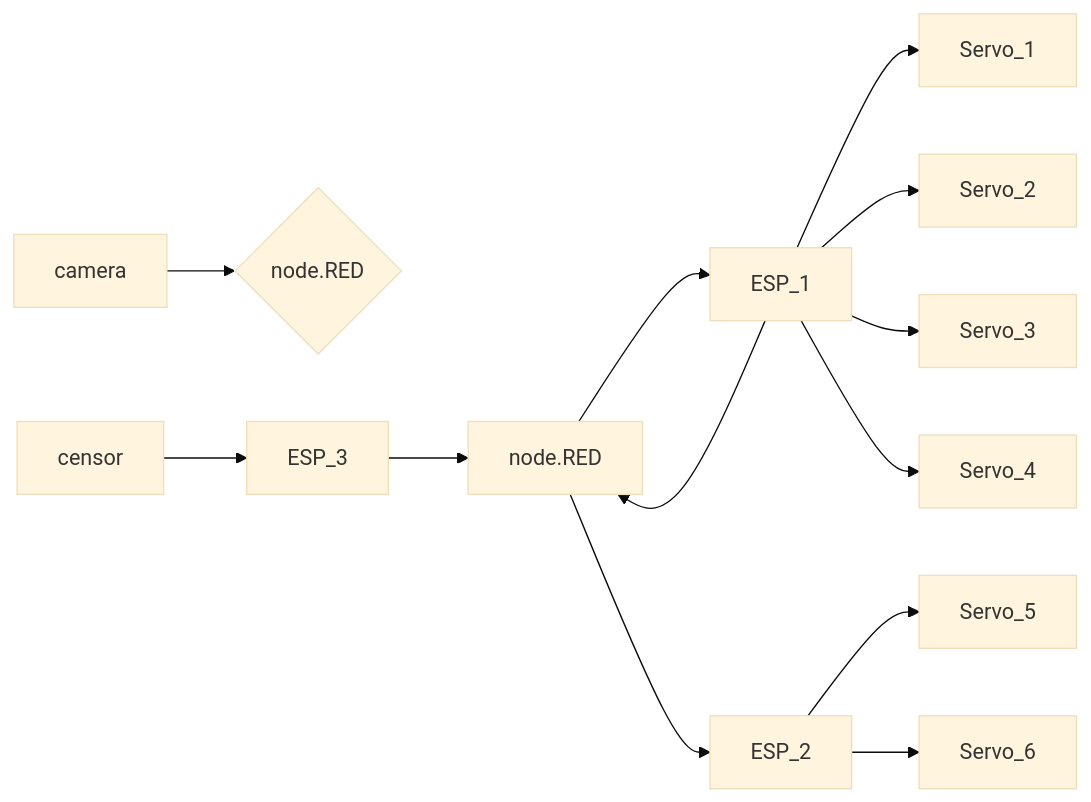
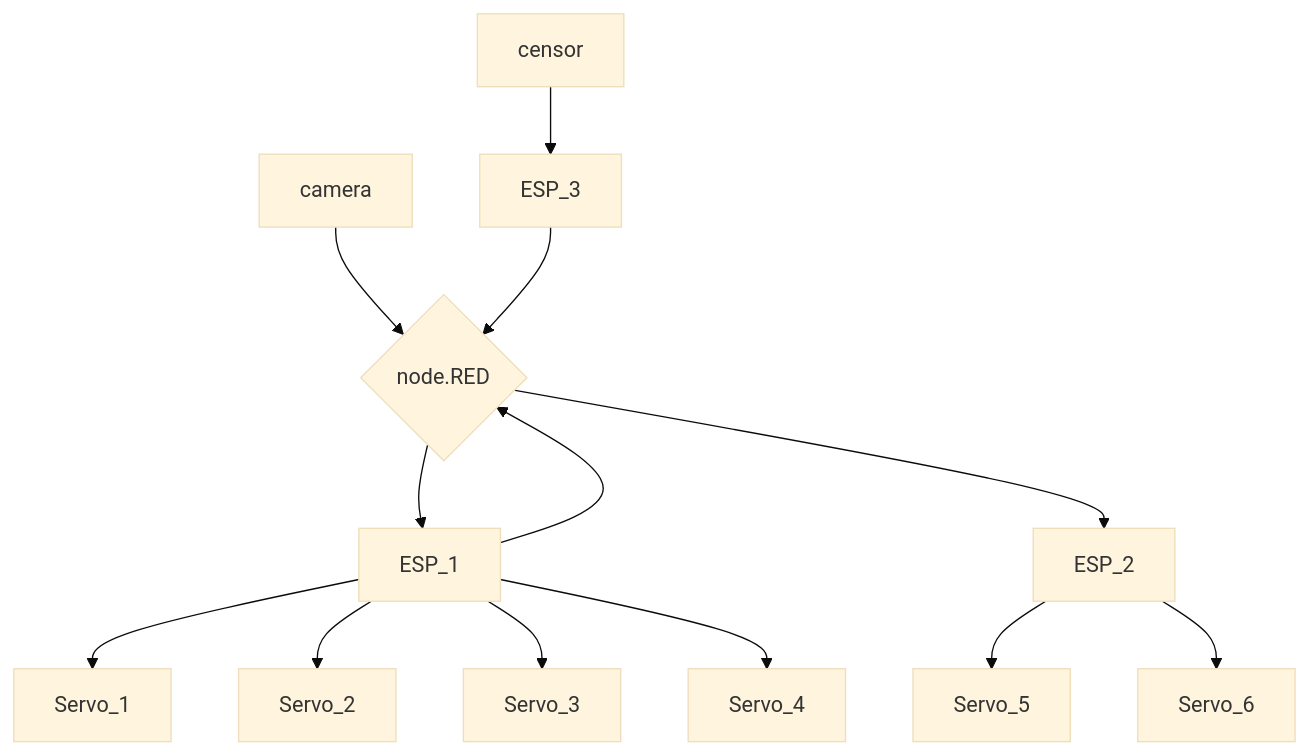
Before and after one commit to evry-paris-saclay/2023-m2cns-rd-ChaineDeValeurs: the diagram in README.md, drawn with Mermaid (base theme).

````diff
--- a/README.md
+++ b/README.md
@@ -12,15 +12,15 @@
 ```mermaid
-flowchart LR;
+flowchart TD;
     camera-->c{node.RED};
-    node.RED-->ESP_1;
+    c{node.RED}-->ESP_1;
     ESP_1-->Servo_1;
     ESP_1-->Servo_2;
     ESP_1-->Servo_3;
     ESP_1-->Servo_4;
-    ESP_1-->node.RED;
-    node.RED-->ESP_2;
+    ESP_1-->c{node.RED};
+    c{node.RED}-->ESP_2;
     ESP_2-->Servo_5;
     ESP_2-->Servo_6;
     censor-->ESP_3;
-    ESP_3-->node.RED;
+    ESP_3-->c{node.RED};
 ```
````
